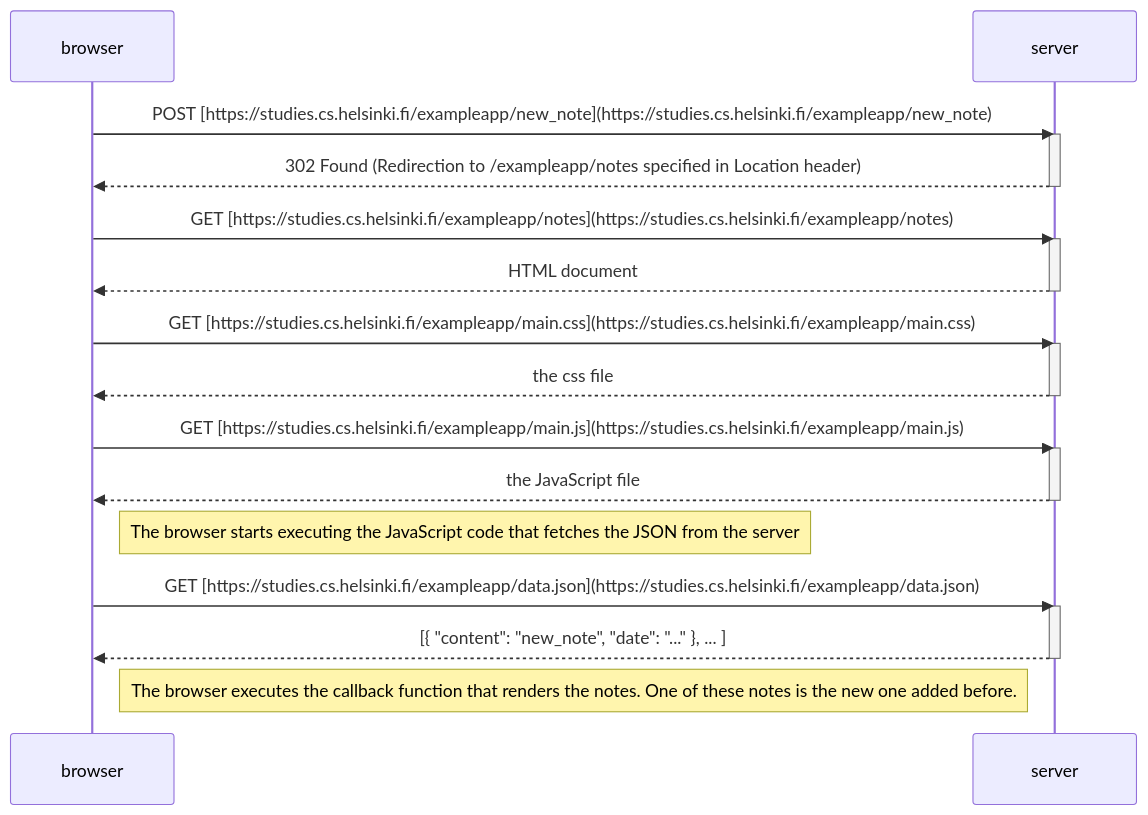
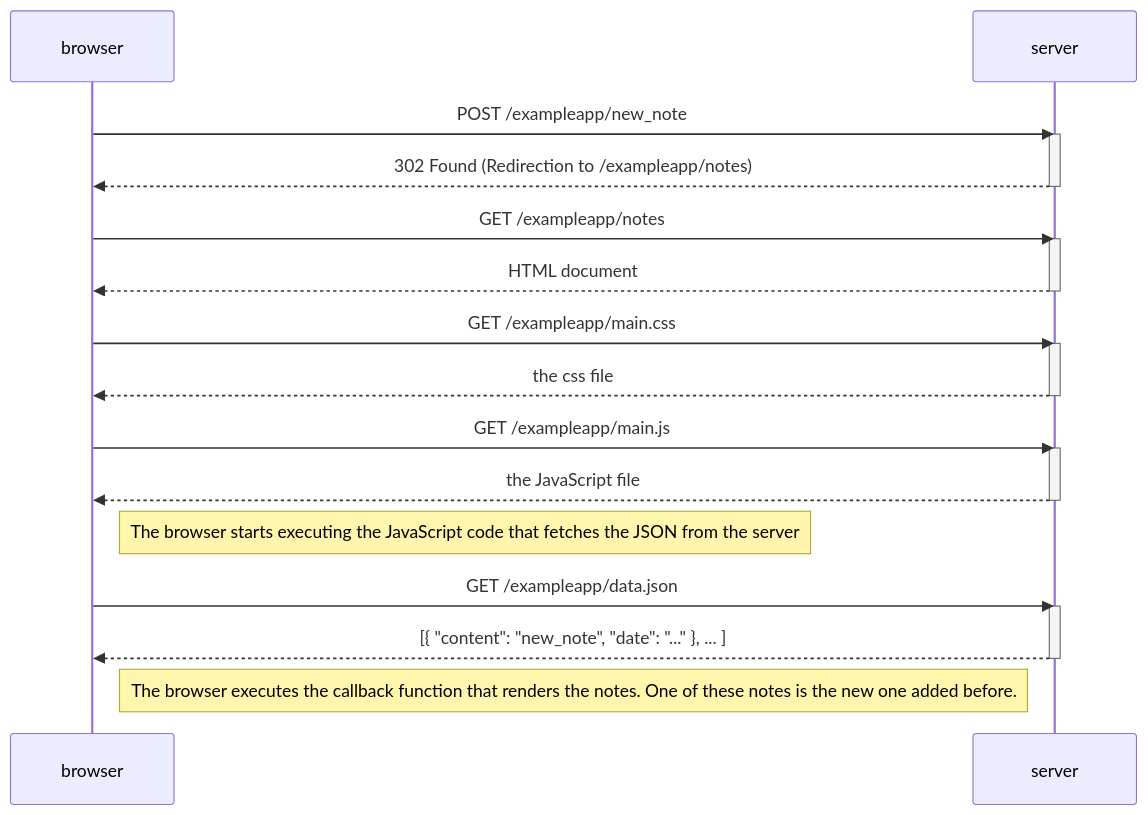
One commit to DavidGABSAN/fullstackopen-helsinki changed the diagram in part0/04_new_note_diagram.md. Above: the diagram before and after it, drawn with Mermaid.

Commit message:
Fix: shorten URLs in mermaid diagram

````diff
--- a/part0/04_new_note_diagram.md
+++ b/part0/04_new_note_diagram.md
@@ -1,34 +1,34 @@
 ```mermaid
 sequenceDiagram
 participant browser
 participant server
 
-    browser->>server: POST [https://studies.cs.helsinki.fi/exampleapp/new_note](https://studies.cs.helsinki.fi/exampleapp/new_note)
+    browser->>server: POST /exampleapp/new_note
     activate server
-    server-->>browser: 302 Found (Redirection to /exampleapp/notes specified in Location header)
+    server-->>browser: 302 Found (Redirection to /exampleapp/notes)
     deactivate server
 
-    browser->>server: GET [https://studies.cs.helsinki.fi/exampleapp/notes](https://studies.cs.helsinki.fi/exampleapp/notes)
+    browser->>server: GET /exampleapp/notes
     activate server
     server-->>browser: HTML document
     deactivate server
 
-    browser->>server: GET [https://studies.cs.helsinki.fi/exampleapp/main.css](https://studies.cs.helsinki.fi/exampleapp/main.css)
+    browser->>server: GET /exampleapp/main.css
     activate server
     server-->>browser: the css file
     deactivate server
 
-    browser->>server: GET [https://studies.cs.helsinki.fi/exampleapp/main.js](https://studies.cs.helsinki.fi/exampleapp/main.js)
+    browser->>server: GET /exampleapp/main.js
     activate server
     server-->>browser: the JavaScript file
     deactivate server
 
     Note right of browser: The browser starts executing the JavaScript code that fetches the JSON from the server
 
-    browser->>server: GET [https://studies.cs.helsinki.fi/exampleapp/data.json](https://studies.cs.helsinki.fi/exampleapp/data.json)
+    browser->>server: GET /exampleapp/data.json
     activate server
     server-->>browser: [{ "content": "new_note", "date": "..." }, ... ]
     deactivate server
 
     Note right of browser: The browser executes the callback function that renders the notes. One of these notes is the new one added before.
 ```
````
